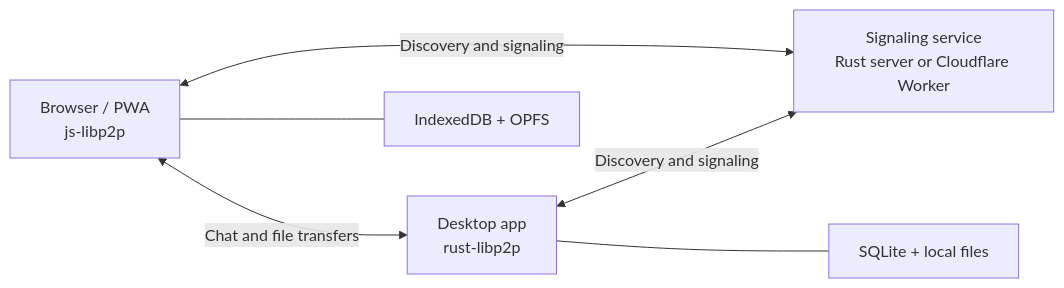
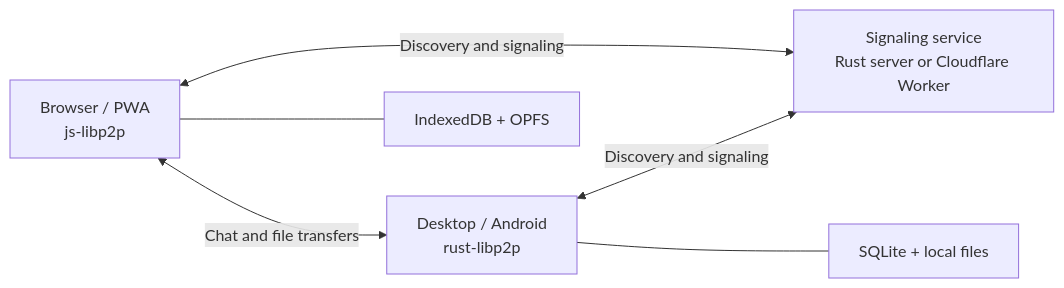
One commit to kuangye-team/ky-im changed the diagram in README.md. Above: the diagram before and after it, drawn with Mermaid. The commit also changed other lines of this file and 197 other files, not shown here.

````diff
--- a/README.md
+++ b/README.md
@@ -21,8 +24,8 @@
 ```mermaid
 flowchart LR
     Browser["Browser / PWA<br/>js-libp2p"] <-->|Discovery and signaling| API["Signaling service<br/>Rust server or Cloudflare Worker"]
-    App["Desktop app<br/>rust-libp2p"] <-->|Discovery and signaling| API
+    App["Desktop / Android<br/>rust-libp2p"] <-->|Discovery and signaling| API
     Browser <-->|Chat and file transfers| App
     Browser --- WebDB["IndexedDB + OPFS"]
     App --- AppDB["SQLite + local files"]
 ```
````
